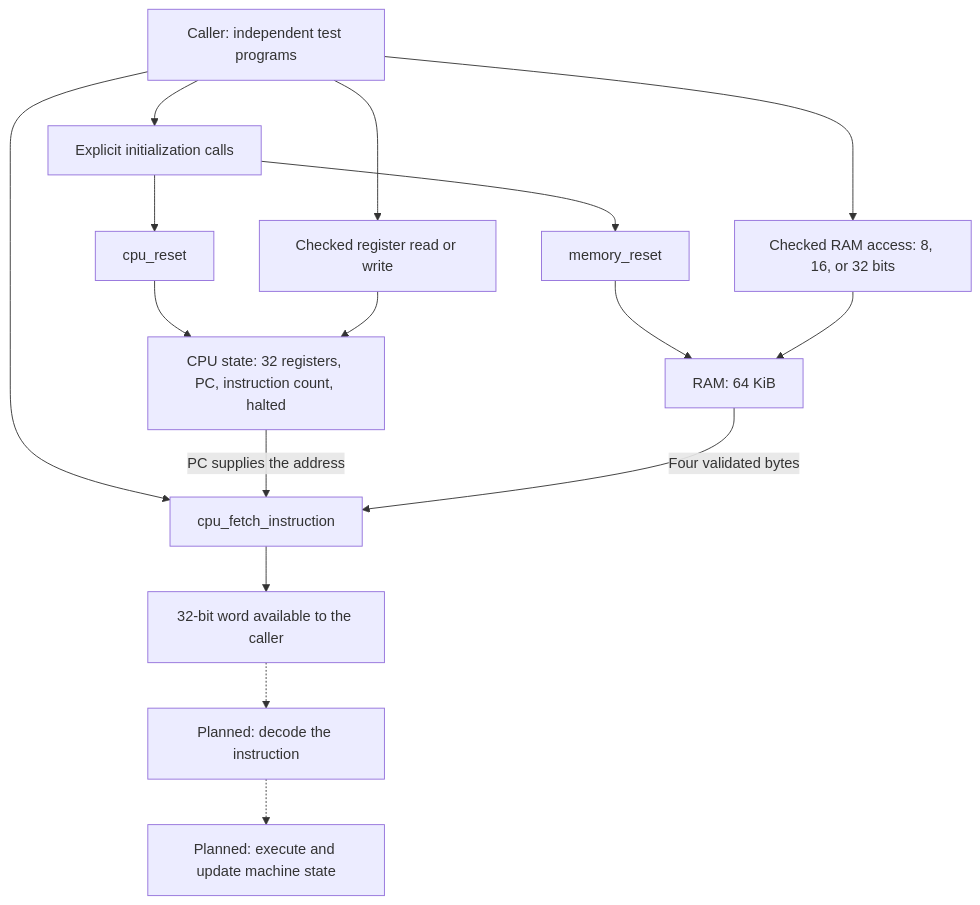
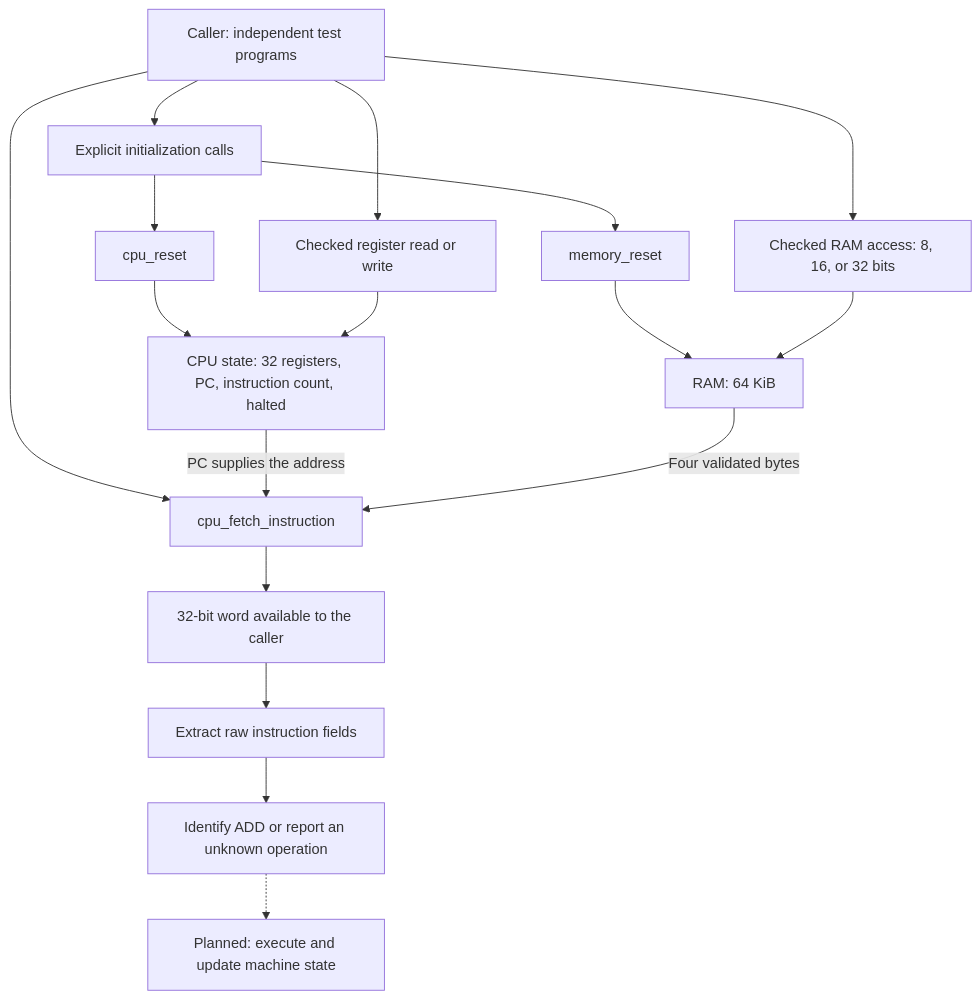
The first of 7 diagrams in docs/FLOWCHARTS.md (IcaroRamosDM/riscv32-simulator), drawn with Mermaid before and after one commit. The commit also changed other lines of this file and 8 other files, not shown here.

````diff
--- a/docs/FLOWCHARTS.md
+++ b/docs/FLOWCHARTS.md
@@ -9,18 +9,19 @@
 ```mermaid
 flowchart TD
     CALL["Caller: independent test programs"] --> INIT["Explicit initialization calls"]
     INIT --> CR["cpu_reset"]
     INIT --> MR["memory_reset"]
     CR --> CPU["CPU state: 32 registers, PC, instruction count, halted"]
     MR --> RAM["RAM: 64 KiB"]
     CALL --> REG["Checked register read or write"]
     REG --> CPU
     CALL --> MEM["Checked RAM access: 8, 16, or 32 bits"]
     MEM --> RAM
     CALL --> FETCH["cpu_fetch_instruction"]
     CPU -->|"PC supplies the address"| FETCH
     RAM -->|"Four validated bytes"| FETCH
     FETCH --> WORD["32-bit word available to the caller"]
-    WORD -.-> DEC["Planned: decode the instruction"]
+    WORD --> FIELDS["Extract raw instruction fields"]
+    FIELDS --> DEC["Identify ADD or report an unknown operation"]
     DEC -.-> EXEC["Planned: execute and update machine state"]
 ```
````
